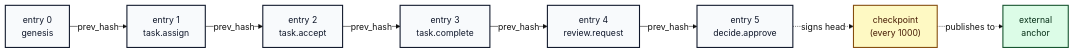
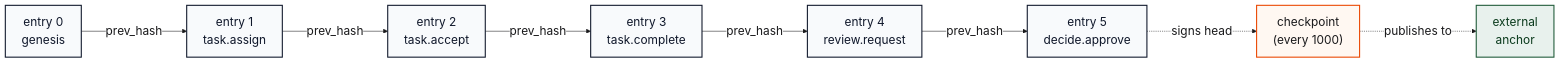
One commit to BrightbeamAI/chap changed the fourth of 9 diagrams in ARCHITECTURE.md. Above: the diagram before and after it, drawn with Mermaid. The commit also changed other lines of this file and 14 other files, not shown here.

````diff
--- a/ARCHITECTURE.md
+++ b/ARCHITECTURE.md
@@ -192,35 +198,35 @@
 ```mermaid
 %%{init: {
   "theme": "base",
   "themeVariables": {
-    "fontSize": "16px",
-    "fontFamily": "Helvetica, Arial, sans-serif",
+    "fontSize": "22px",
+    "fontFamily": "Arial, Helvetica, sans-serif",
     "primaryColor": "#ffffff",
-    "primaryTextColor": "#111111",
-    "primaryBorderColor": "#111111",
-    "lineColor": "#111111"
+    "primaryTextColor": "#1a1a1c",
+    "primaryBorderColor": "#1a1a1c",
+    "lineColor": "#1a1a1c"
   },
-  "flowchart": { "curve": "linear", "nodeSpacing": 40, "rankSpacing": 30 }
+  "flowchart": { "curve": "linear", "nodeSpacing": 70, "rankSpacing": 90 }
 }}%%
 flowchart LR
     classDef entry fill:#f8fafc,stroke:#0f172a,stroke-width:2px,color:#0f172a
-    classDef chkpt fill:#fef9c3,stroke:#854d0e,stroke-width:2px,color:#451a03
-    classDef anchor fill:#dcfce7,stroke:#14532d,stroke-width:2px,color:#052e16
+    classDef chkpt fill:#FFF8F2,stroke:#EA4700,stroke-width:2px,color:#1a1a1c
+    classDef anchor fill:#E8F1ED,stroke:#1f5b39,stroke-width:2px,color:#0a3a1c
 
     E0["entry 0<br/>genesis"]:::entry
     E1["entry 1<br/>task.assign"]:::entry
     E2["entry 2<br/>task.accept"]:::entry
     E3["entry 3<br/>task.complete"]:::entry
     E4["entry 4<br/>review.request"]:::entry
     E5["entry 5<br/>decide.approve"]:::entry
     CK["checkpoint<br/>(every 1000)"]:::chkpt
     AN["external<br/>anchor"]:::anchor
 
     E0 -->|prev_hash| E1
     E1 -->|prev_hash| E2
     E2 -->|prev_hash| E3
     E3 -->|prev_hash| E4
     E4 -->|prev_hash| E5
     E5 -. signs head .-> CK
     CK -. publishes to .-> AN
 ```
````
